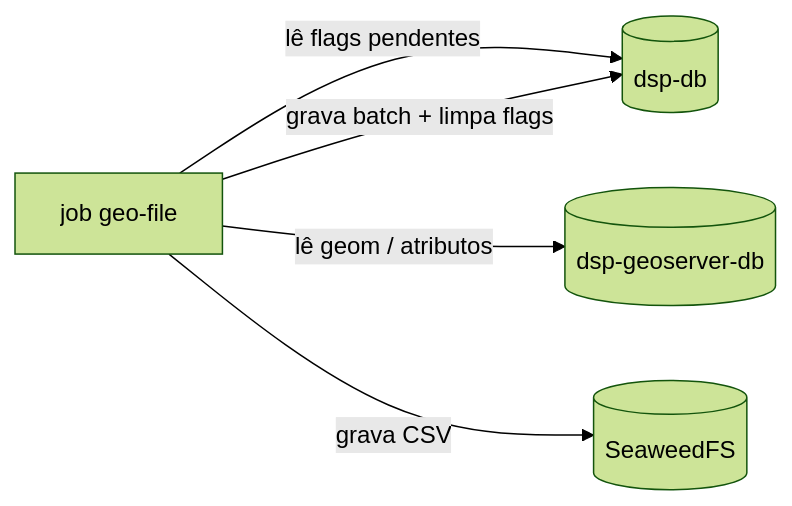
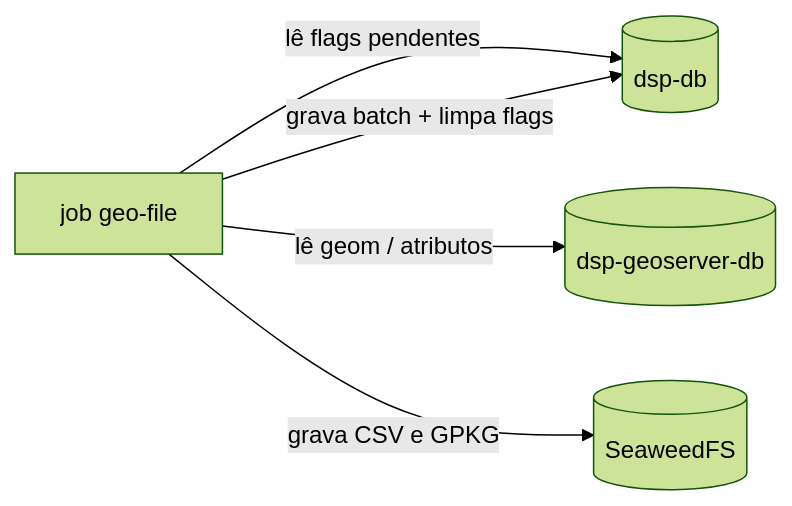
Before and after one commit to Rural-Environmental-Registry/dsp-docs: the diagram in docs/pt-br/modules/job-geo-file-generation/overview.md, drawn with Mermaid (forest theme). The commit also changed other lines of this file and 7 other files, not shown here.

````diff
--- a/docs/pt-br/modules/job-geo-file-generation/overview.md
+++ b/docs/pt-br/modules/job-geo-file-generation/overview.md
@@ -44,12 +44,12 @@
 ```mermaid
 flowchart LR
   dsp[(dsp-db)]
   geo[(dsp-geoserver-db)]
   job[job geo-file]
   s3[(SeaweedFS)]
 
   job -->|lê flags pendentes| dsp
   job -->|lê geom / atributos| geo
-  job -->|grava CSV| s3
+  job -->|grava CSV e GPKG| s3
   job -->|grava batch + limpa flags| dsp
 ```
````
